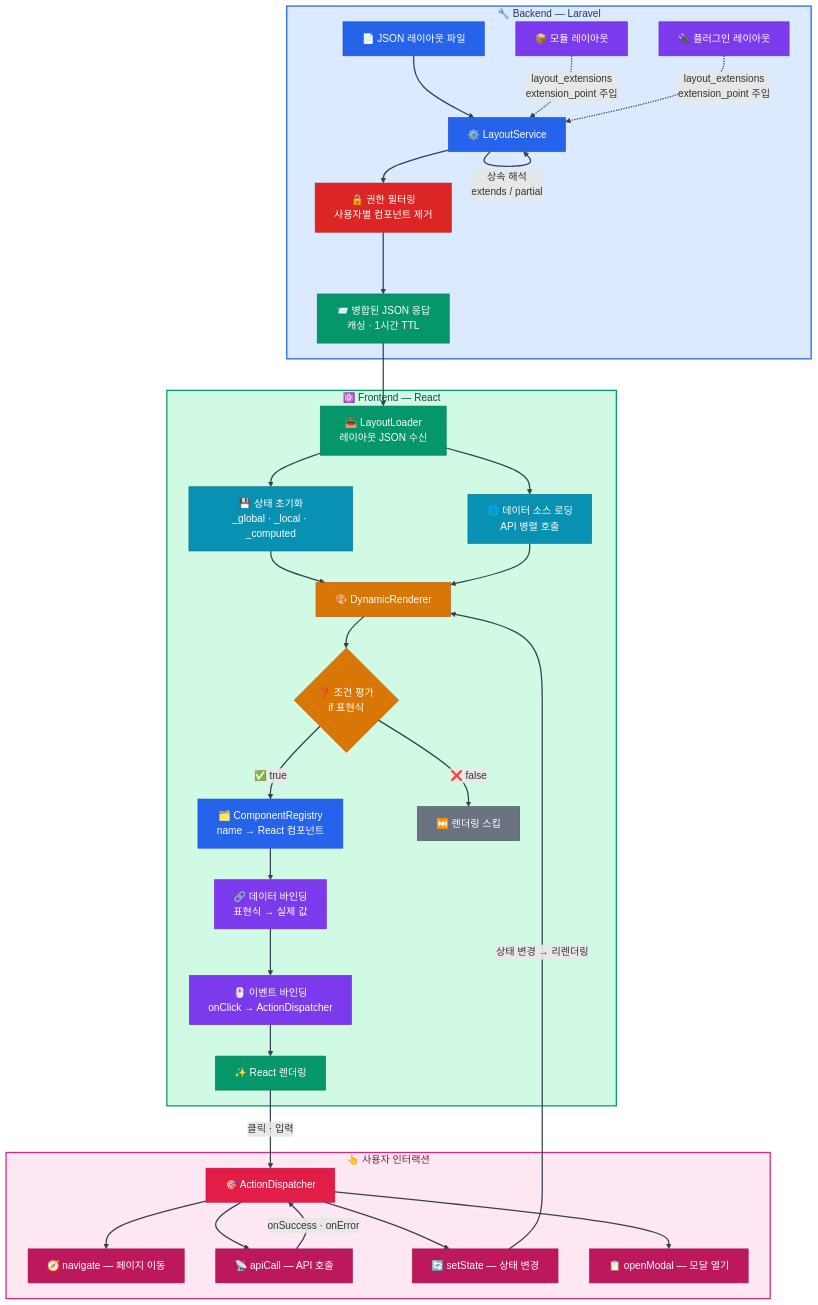
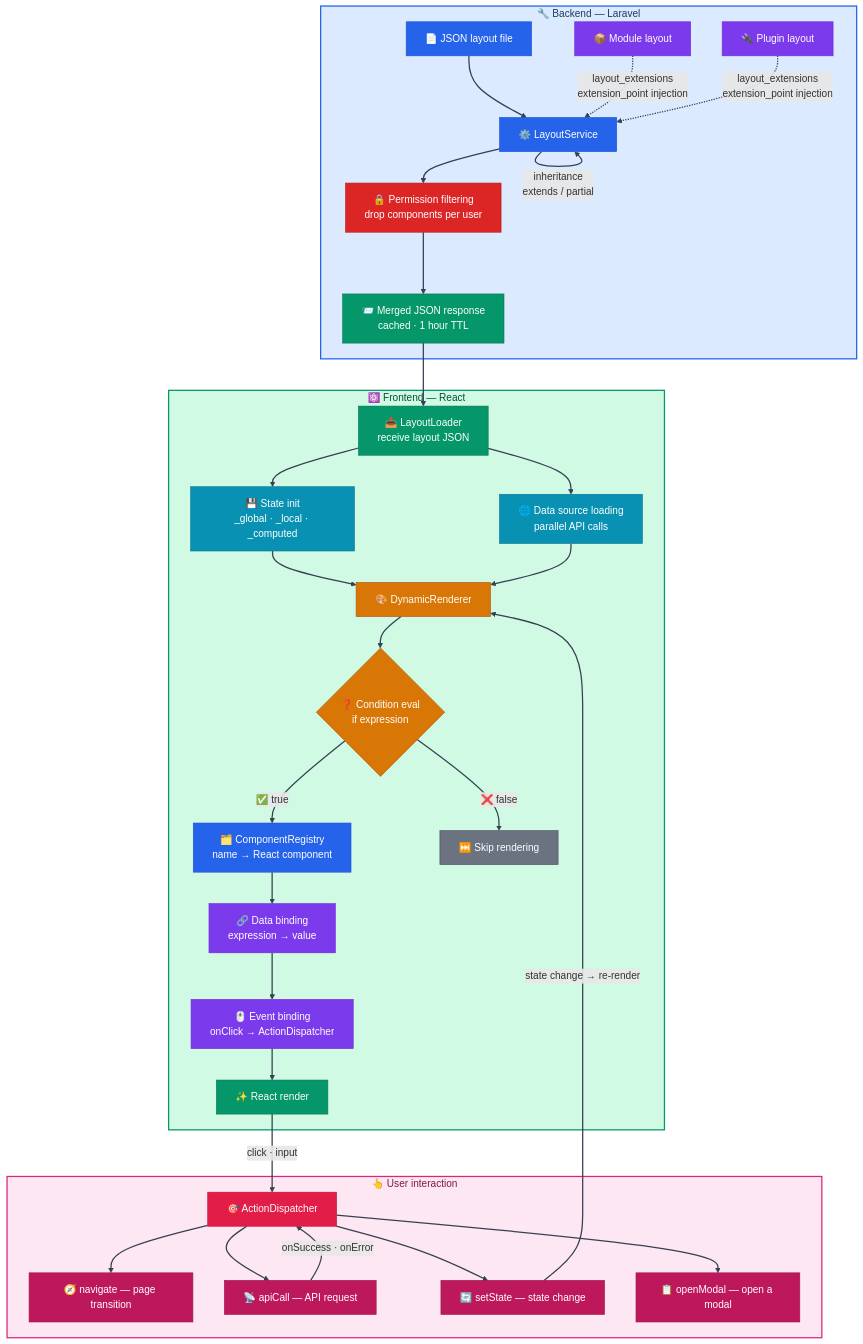
Before and after one commit to 20ft-bahamut/20feet: the diagram in README.md, drawn with Mermaid. The commit also changed other lines of this file and 4 other files, not shown here.

````diff
--- a/README.md
+++ b/README.md
@@ -115,66 +121,66 @@
 ```mermaid
 flowchart TB
     subgraph Backend ["🔧 Backend — Laravel"]
-        A["📄 JSON 레이아웃 파일"] --> B["⚙️ LayoutService"]
-        B --> |"상속 해석<br/>extends / partial"| B
-        M["📦 모듈 레이아웃"] -.-> |"layout_extensions<br/>extension_point 주입"| B
-        P["🔌 플러그인 레이아웃"] -.-> |"layout_extensions<br/>extension_point 주입"| B
-        B --> C["🔒 권한 필터링<br/>사용자별 컴포넌트 제거"]
-        C --> D["📨 병합된 JSON 응답<br/>캐싱 · 1시간 TTL"]
+        A["📄 JSON layout file"] --> B["⚙️ LayoutService"]
+        B --> |"inheritance<br/>extends / partial"| B
+        M["📦 Module layout"] -.-> |"layout_extensions<br/>extension_point injection"| B
+        P["🔌 Plugin layout"] -.-> |"layout_extensions<br/>extension_point injection"| B
+        B --> C["🔒 Permission filtering<br/>drop components per user"]
+        C --> D["📨 Merged JSON response<br/>cached · 1 hour TTL"]
     end
 
     subgraph Frontend ["⚛️ Frontend — React"]
-        D --> E["📥 LayoutLoader<br/>레이아웃 JSON 수신"]
-        E --> F["💾 상태 초기화<br/>_global · _local · _computed"]
-        E --> G["🌐 데이터 소스 로딩<br/>API 병렬 호출"]
+        D --> E["📥 LayoutLoader<br/>receive layout JSON"]
+        E --> F["💾 State init<br/>_global · _local · _computed"]
+        E --> G["🌐 Data source loading<br/>parallel API calls"]
         F & G --> H["🎨 DynamicRenderer"]
 
-        H --> I{"❓ 조건 평가<br/>if 표현식"}
-        I --> |"✅ true"| J["🗂️ ComponentRegistry<br/>name → React 컴포넌트"]
-        I --> |"❌ false"| K["⏭️ 렌더링 스킵"]
+        H --> I{"❓ Condition eval<br/>if expression"}
+        I --> |"✅ true"| J["🗂️ ComponentRegistry<br/>name → React component"]
+        I --> |"❌ false"| K["⏭️ Skip rendering"]
 
-        J --> L["🔗 데이터 바인딩<br/>표현식 → 실제 값"]
-        L --> N["🖱️ 이벤트 바인딩<br/>onClick → ActionDispatcher"]
-        N --> O["✨ React 렌더링"]
+        J --> L["🔗 Data binding<br/>expression → value"]
+        L --> N["🖱️ Event binding<br/>onClick → ActionDispatcher"]
+        N --> O["✨ React render"]
     end
 
-    subgraph Actions ["👆 사용자 인터랙션"]
-        O --> |"클릭 · 입력"| Q["🎯 ActionDispatcher"]
-        Q --> R["🧭 navigate — 페이지 이동"]
-        Q --> S["📡 apiCall — API 호출"]
-        Q --> T["🔄 setState — 상태 변경"]
-        Q --> U["📋 openModal — 모달 열기"]
+    subgraph Actions ["👆 User interaction"]
+        O --> |"click · input"| Q["🎯 ActionDispatcher"]
+        Q --> R["🧭 navigate — page transition"]
+        Q --> S["📡 apiCall — API request"]
+        Q --> T["🔄 setState — state change"]
+        Q --> U["📋 openModal — open a modal"]
         S --> |"onSuccess · onError"| Q
-        T --> |"상태 변경 → 리렌더링"| H
+        T --> |"state change → re-render"| H
     end
 
     style Backend fill:#dbeafe,stroke:#2563eb,stroke-width:2px,color:#1e3a5f
     style Frontend fill:#d1fae5,stroke:#059669,stroke-width:2px,color:#064e3b
     style Actions fill:#fce7f3,stroke:#db2777,stroke-width:2px,color:#831843
 
     style A fill:#2563eb,stroke:#1d4ed8,color:#fff
     style B fill:#2563eb,stroke:#1d4ed8,color:#fff
     style M fill:#7c3aed,stroke:#6d28d9,color:#fff
     style P fill:#7c3aed,stroke:#6d28d9,color:#fff
     style C fill:#dc2626,stroke:#b91c1c,color:#fff
     style D fill:#059669,stroke:#047857,color:#fff
 
     style E fill:#059669,stroke:#047857,color:#fff
     style F fill:#0891b2,stroke:#0e7490,color:#fff
     style G fill:#0891b2,stroke:#0e7490,color:#fff
     style H fill:#d97706,stroke:#b45309,color:#fff
     style I fill:#d97706,stroke:#b45309,color:#fff
     style J fill:#2563eb,stroke:#1d4ed8,color:#fff
     style K fill:#6b7280,stroke:#4b5563,color:#fff
     style L fill:#7c3aed,stroke:#6d28d9,color:#fff
     style N fill:#7c3aed,stroke:#6d28d9,color:#fff
     style O fill:#059669,stroke:#047857,color:#fff
 
     style Q fill:#e11d48,stroke:#be123c,color:#fff
     style R fill:#be185d,stroke:#9d174d,color:#fff
     style S fill:#be185d,stroke:#9d174d,color:#fff
     style T fill:#be185d,stroke:#9d174d,color:#fff
     style U fill:#be185d,stroke:#9d174d,color:#fff
 
     linkStyle default stroke:#374151,stroke-width:2px
 ```
````
